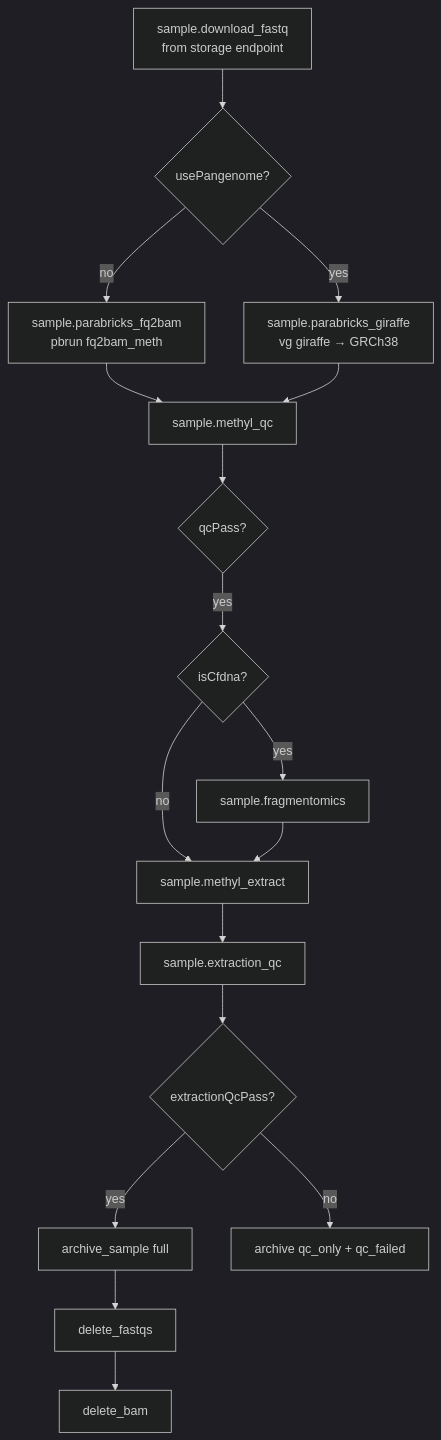
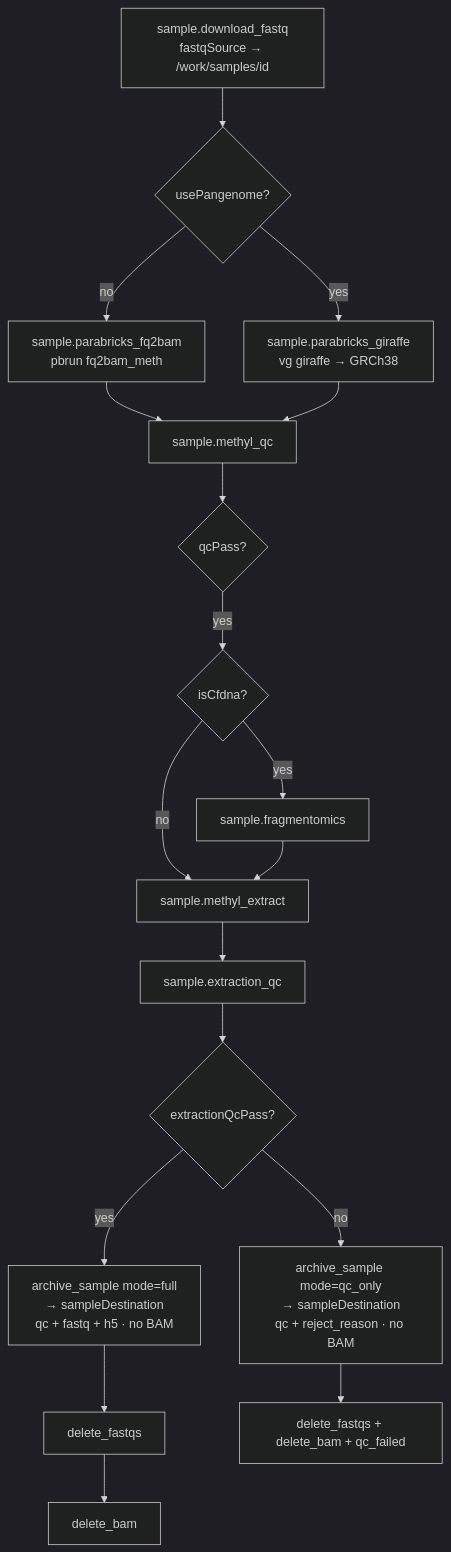
Before and after one commit to Goliath-Research/GoliathWorkflow: the sixth of 18 diagrams in docs/architecture/end-to-end-workflow.md, drawn with Mermaid (dark theme). The commit also changed other lines of this file, not shown here.

````diff
--- a/docs/architecture/end-to-end-workflow.md
+++ b/docs/architecture/end-to-end-workflow.md
@@ -104,19 +143,20 @@
 ```mermaid
 flowchart TD
-  A["sample.download_fastq<br/>from storage endpoint"] --> B{"usePangenome?"}
+  A["sample.download_fastq<br/>fastqSource → /work/samples/id"] --> B{"usePangenome?"}
   B -->|no| C["sample.parabricks_fq2bam<br/>pbrun fq2bam_meth"]
   B -->|yes| D["sample.parabricks_giraffe<br/>vg giraffe → GRCh38"]
   C --> E["sample.methyl_qc"]
   D --> E
   E --> F{"qcPass?"}
   F -->|yes| G{"isCfdna?"}
   G -->|yes| H["sample.fragmentomics"]
   G -->|no| I["sample.methyl_extract"]
   H --> I
   I --> J["sample.extraction_qc"]
   J --> K{"extractionQcPass?"}
-  K -->|yes| L["archive_sample full"]
+  K -->|yes| L["archive_sample mode=full<br/>→ sampleDestination<br/>qc + fastq + h5 · no BAM"]
   L --> M["delete_fastqs"]
   M --> N["delete_bam"]
-  K -->|no| O["archive qc_only + qc_failed"]
+  K -->|no| O["archive_sample mode=qc_only<br/>→ sampleDestination<br/>qc + reject_reason · no BAM"]
+  O --> P["delete_fastqs + delete_bam + qc_failed"]
 ```
````
